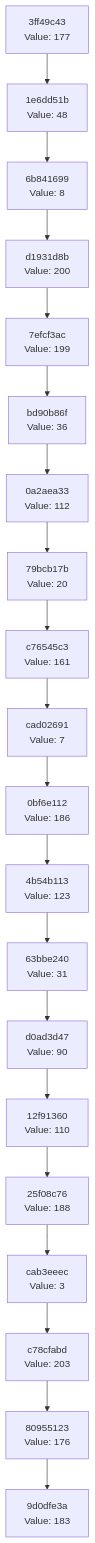
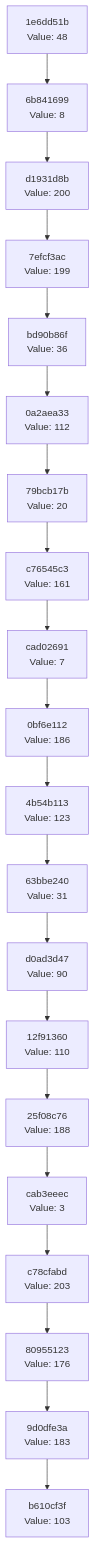
One commit to Abhisheksinha1506/hash-chain-evolver changed the diagram in docs/CHAIN_VISUALIZATION.md. Above: the diagram before and after it, drawn with Mermaid. The commit also changed 2 other files, not shown here.

Commit message:
Evolution Step

````diff
--- a/docs/CHAIN_VISUALIZATION.md
+++ b/docs/CHAIN_VISUALIZATION.md
@@ -3,42 +3,42 @@
 ```mermaid
 graph TD
-    C0["9d0dfe3a<br/>Value: 183"]
-    C1["80955123<br/>Value: 176"]
+    C0["b610cf3f<br/>Value: 103"]
+    C1["9d0dfe3a<br/>Value: 183"]
     C1 --> C0
-    C2["c78cfabd<br/>Value: 203"]
+    C2["80955123<br/>Value: 176"]
     C2 --> C1
-    C3["cab3eeec<br/>Value: 3"]
+    C3["c78cfabd<br/>Value: 203"]
     C3 --> C2
-    C4["25f08c76<br/>Value: 188"]
+    C4["cab3eeec<br/>Value: 3"]
     C4 --> C3
-    C5["12f91360<br/>Value: 110"]
+    C5["25f08c76<br/>Value: 188"]
     C5 --> C4
-    C6["d0ad3d47<br/>Value: 90"]
+    C6["12f91360<br/>Value: 110"]
     C6 --> C5
-    C7["63bbe240<br/>Value: 31"]
+    C7["d0ad3d47<br/>Value: 90"]
     C7 --> C6
-    C8["4b54b113<br/>Value: 123"]
+    C8["63bbe240<br/>Value: 31"]
     C8 --> C7
-    C9["0bf6e112<br/>Value: 186"]
+    C9["4b54b113<br/>Value: 123"]
     C9 --> C8
-    C10["cad02691<br/>Value: 7"]
+    C10["0bf6e112<br/>Value: 186"]
     C10 --> C9
-    C11["c76545c3<br/>Value: 161"]
+    C11["cad02691<br/>Value: 7"]
     C11 --> C10
-    C12["79bcb17b<br/>Value: 20"]
+    C12["c76545c3<br/>Value: 161"]
     C12 --> C11
-    C13["0a2aea33<br/>Value: 112"]
+    C13["79bcb17b<br/>Value: 20"]
     C13 --> C12
-    C14["bd90b86f<br/>Value: 36"]
+    C14["0a2aea33<br/>Value: 112"]
     C14 --> C13
-    C15["7efcf3ac<br/>Value: 199"]
+    C15["bd90b86f<br/>Value: 36"]
     C15 --> C14
-    C16["d1931d8b<br/>Value: 200"]
+    C16["7efcf3ac<br/>Value: 199"]
     C16 --> C15
-    C17["6b841699<br/>Value: 8"]
+    C17["d1931d8b<br/>Value: 200"]
     C17 --> C16
-    C18["1e6dd51b<br/>Value: 48"]
+    C18["6b841699<br/>Value: 8"]
     C18 --> C17
-    C19["3ff49c43<br/>Value: 177"]
+    C19["1e6dd51b<br/>Value: 48"]
     C19 --> C18
 ```
````
